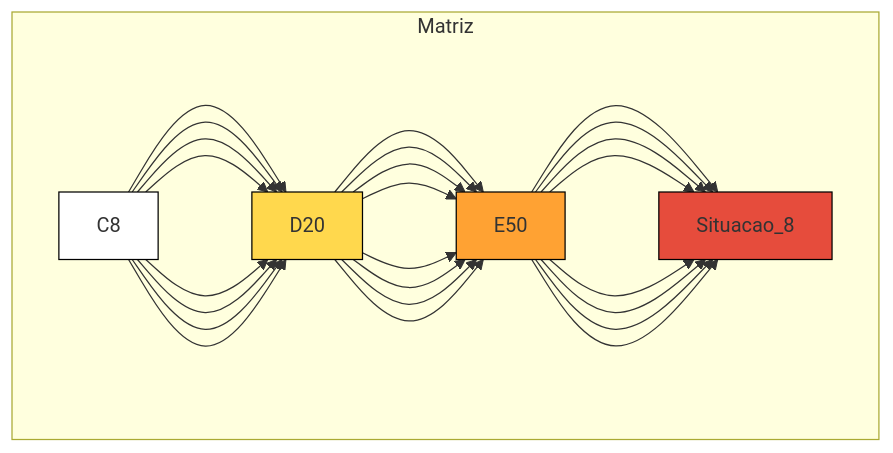
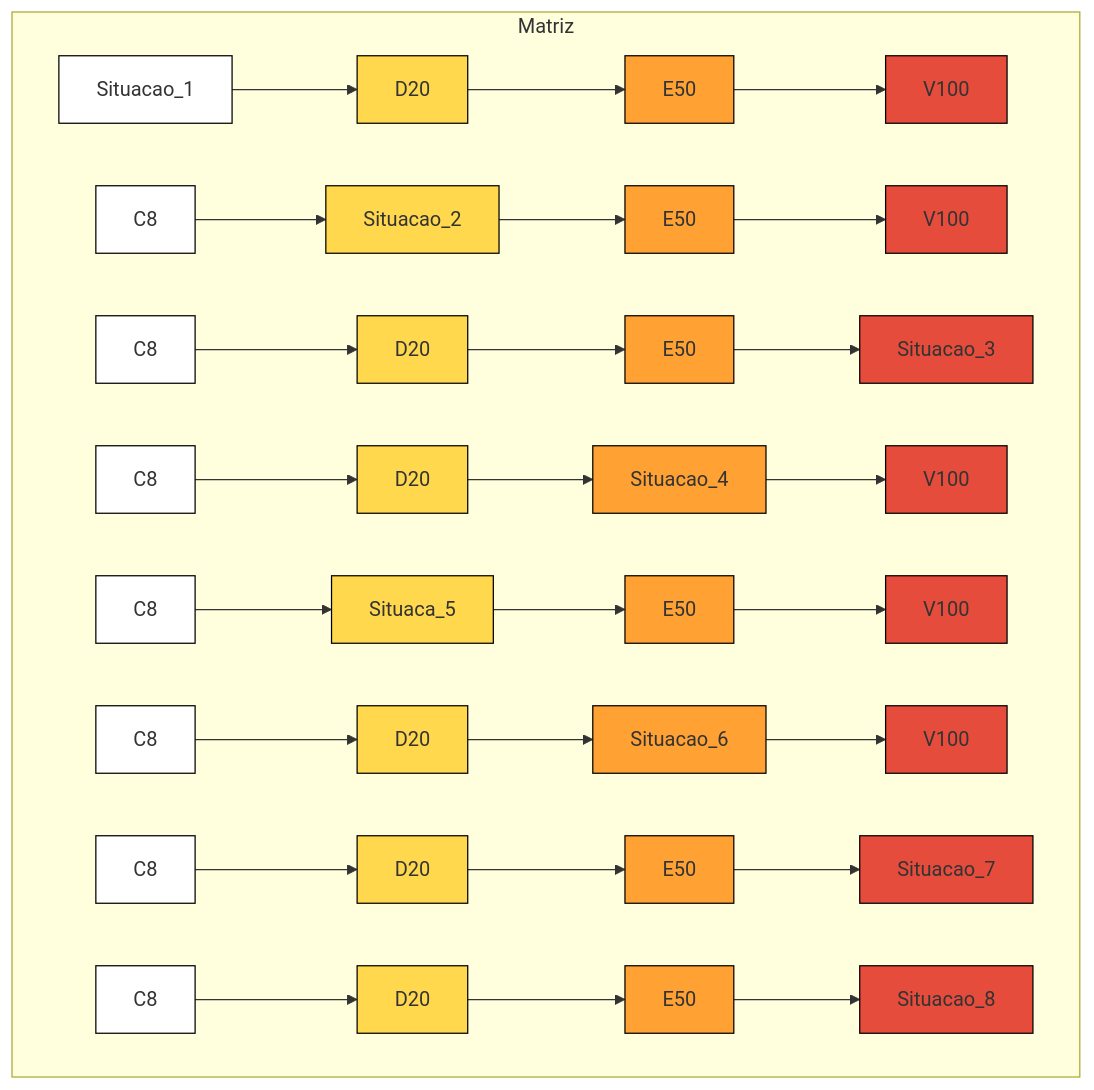
One commit to BDlucca/Exercicio-GAPS changed the second of 2 diagrams in README.md. Above: the diagram before and after it, drawn with Mermaid.

````diff
--- a/README.md
+++ b/README.md
@@ -23,19 +23,19 @@
 ```mermaid
 graph TD
   subgraph Matriz
     A1["Situacao_1"]:::branco--> A2["D20"]:::amarelo--> A3["E50"]:::laranja--> A4["V100"]:::vermelho
-    A1["C8"]:::branco--> A2["Situacao_2"]:::amarelo--> A3["E50"]:::laranja--> A4["V100"]:::vermelho
-    A1["C8"]:::branco--> A2["D20"]:::amarelo--> A3["E50"]:::laranja--> A4["Situacao_3"]:::vermelho
-    A1["C8"]:::branco--> A2["D20"]:::amarelo--> A3["Situacao_4"]:::laranja--> A4["V100"]:::vermelho
-    A1["C8"]:::branco--> A2["Situaca_5"]:::amarelo--> A3["E50"]:::laranja--> A4["V100"]:::vermelho
-    A1["C8"]:::branco--> A2["D20"]:::amarelo--> A3["Situacao_6"]:::laranja--> A4["V100"]:::vermelho
-    A1["C8"]:::branco--> A2["D20"]:::amarelo--> A3["E50"]:::laranja--> A4["Situacao_7"]:::vermelho
-    A1["C8"]:::branco--> A2["D20"]:::amarelo--> A3["E50"]:::laranja--> A4["Situacao_8"]:::vermelho
+    B1["C8"]:::branco--> B2["Situacao_2"]:::amarelo--> B3["E50"]:::laranja--> B4["V100"]:::vermelho
+    C1["C8"]:::branco--> C2["D20"]:::amarelo--> C3["E50"]:::laranja--> C4["Situacao_3"]:::vermelho
+    D1["C8"]:::branco--> D2["D20"]:::amarelo--> D3["Situacao_4"]:::laranja--> D4["V100"]:::vermelho
+    E1["C8"]:::branco--> E2["Situaca_5"]:::amarelo--> E3["E50"]:::laranja--> E4["V100"]:::vermelho
+    F1["C8"]:::branco--> F2["D20"]:::amarelo--> F3["Situacao_6"]:::laranja--> F4["V100"]:::vermelho
+    G1["C8"]:::branco--> G2["D20"]:::amarelo--> G3["E50"]:::laranja--> G4["Situacao_7"]:::vermelho
+    H1["C8"]:::branco--> H2["D20"]:::amarelo--> H3["E50"]:::laranja--> H4["Situacao_8"]:::vermelho
 end
 
 classDef branco fill:#fff,      stroke:#000,  stroke-width:1px;
 classDef amarelo fill:#FFD84D,  stroke:#000,  stroke-width:1px;
 classDef laranja fill:#FFA233,  stroke:#000,  stroke-width:1px;
 classDef vermelho fill:#E64C3C, stroke:#000,  stroke-width:1px;
 
 ```
````
